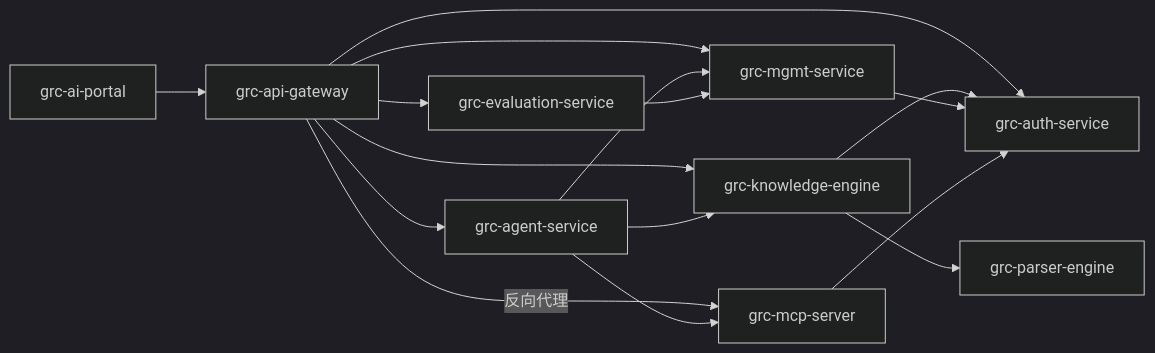
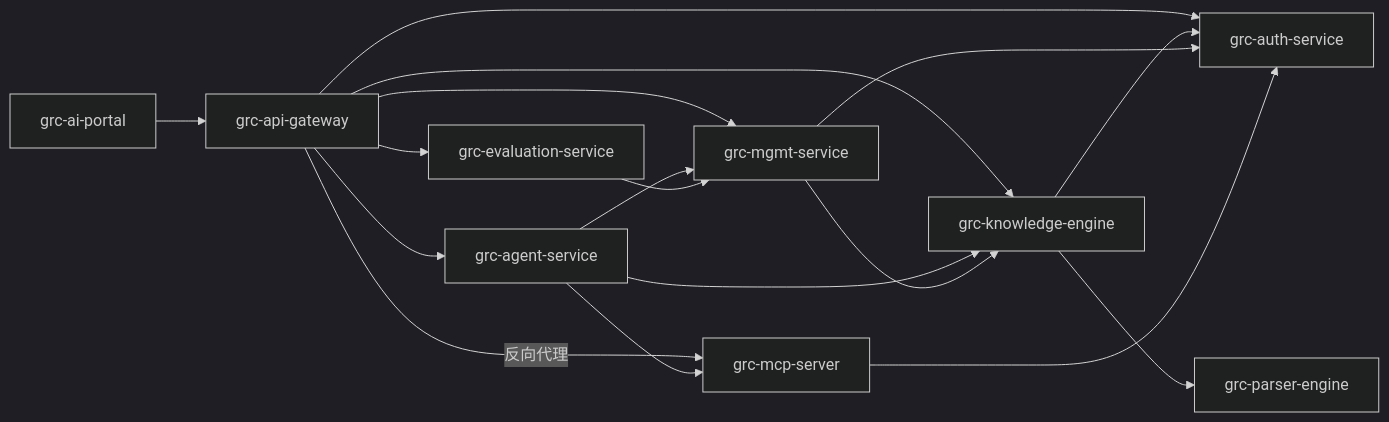
One commit to Mint-lxy/grc-spec-hub changed the diagram in architecture/service-map.md. Above: the diagram before and after it, drawn with Mermaid (dark theme). The commit also changed other lines of this file and 5 other files, not shown here.

````diff
--- a/architecture/service-map.md
+++ b/architecture/service-map.md
@@ -30,28 +30,29 @@
 ```mermaid
 graph LR
   portal[grc-ai-portal]
   gateway[grc-api-gateway]
   auth[grc-auth-service]
   mgmt[grc-mgmt-service]
   agent[grc-agent-service]
   eval[grc-evaluation-service]
   knowledge[grc-knowledge-engine]
   parser[grc-parser-engine]
   mcp[grc-mcp-server]
 
   portal --> gateway
   gateway --> auth
   gateway --> mgmt
   gateway --> agent
   gateway --> eval
   gateway --> knowledge
   gateway -->|反向代理| mcp
   agent --> knowledge
   agent --> mgmt
   agent --> mcp
   eval --> mgmt
   knowledge --> parser
   knowledge --> auth
   mgmt --> auth
+  mgmt --> knowledge
   mcp --> auth
 ```
````
